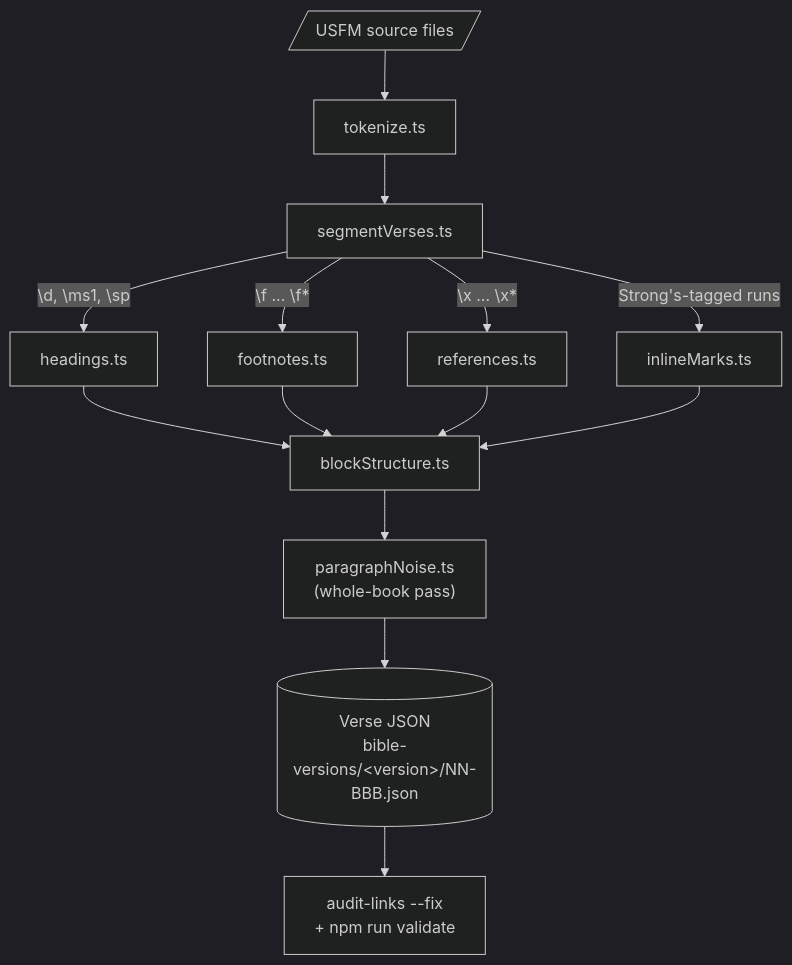
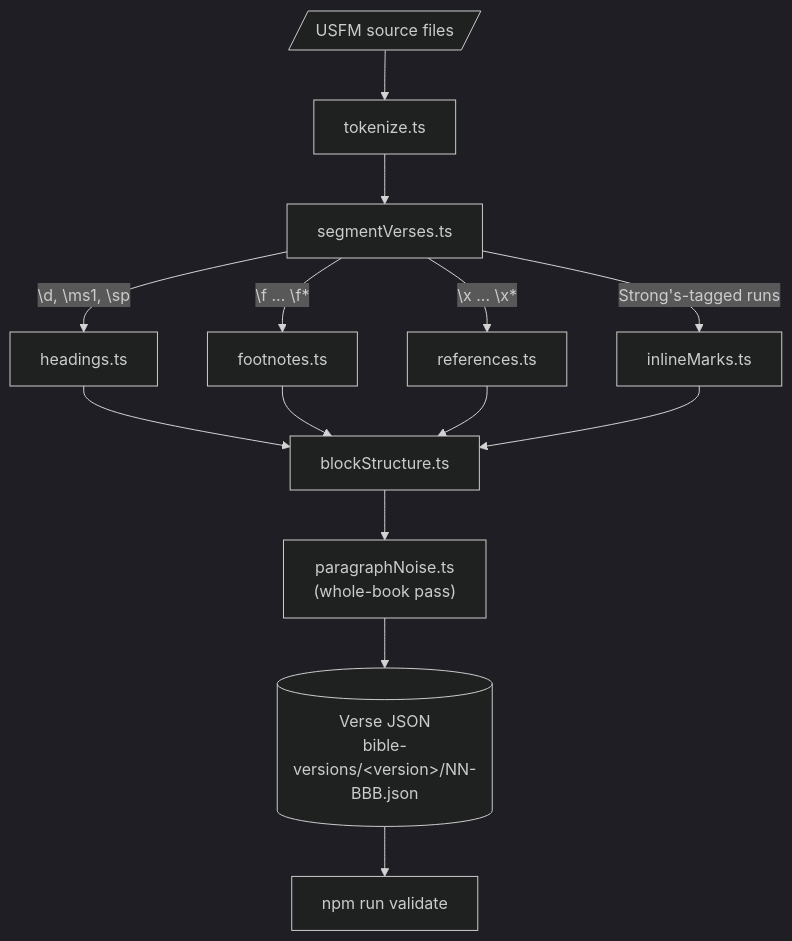
One commit to LegendaryMediaTV/EGP-Graphai changed the diagram in _specs/documentation/EGP-Graphai/usfm-import.md. Above: the diagram before and after it, drawn with Mermaid. The commit also changed other lines of this file and 500 other files, not shown here.

````diff
--- a/_specs/documentation/EGP-Graphai/usfm-import.md
+++ b/_specs/documentation/EGP-Graphai/usfm-import.md
@@ -9,14 +9,14 @@
 ```mermaid
 %%{init: {'theme': 'dark'}}%%
 flowchart TD
     Source[/USFM source files/] --> Tokenize[tokenize.ts]
     Tokenize --> Segment[segmentVerses.ts]
     Segment -->|"\d, \ms1, \sp"| Headings[headings.ts]
     Segment -->|"\f ... \f*"| Footnotes[footnotes.ts]
     Segment -->|"\x ... \x*"| References[references.ts]
     Segment -->|Strong's-tagged runs| Marks[inlineMarks.ts]
     Headings & Footnotes & References & Marks --> Block[blockStructure.ts]
     Block --> Noise["paragraphNoise.ts<br/>(whole-book pass)"]
     Noise --> Verse[(Verse JSON<br/>bible-versions/&lt;version&gt;/NN-BBB.json)]
-    Verse --> Downstream["audit-links --fix<br/>+ npm run validate"]
+    Verse --> Downstream["npm run validate"]
 ```
````
